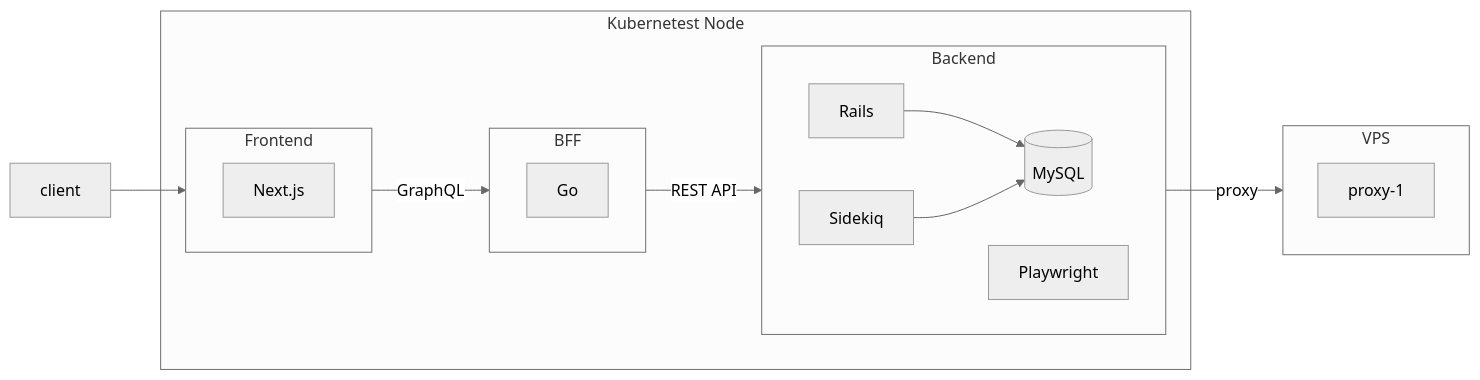
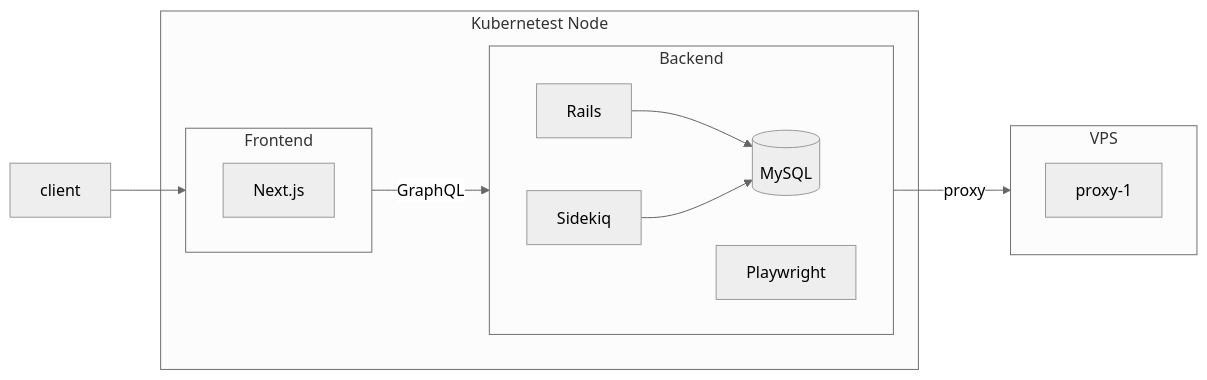
Before and after one commit to kuroweb/price-monitoring: the first of 10 diagrams in README.md, drawn with Mermaid (neutral theme). The commit also changed other lines of this file and 137 other files, not shown here.

````diff
--- a/README.md
+++ b/README.md
@@ -38,36 +34,29 @@
 ```mermaid
 flowchart LR
 subgraph Kubernetest Node
   subgraph frontend [Frontend]
     direction LR
 
     Next.js
-  end
-
-  subgraph bff [BFF]
-    direction LR
-
-    bff_go[Go]
   end
 
   subgraph price ["Backend"]
     direction LR
 
     price_rails[Rails]
     price_rails_batch[Sidekiq]
     price_rails_mysql[(MySQL)]
     price_playwright[Playwright]
 
     price_rails-->price_rails_mysql
     price_rails_batch-->price_rails_mysql
   end
 end
 
 subgraph VPS
   proxy-1
 end
 
-client-->frontend--GraphQL-->bff
-bff--REST API-->price
+client-->frontend--GraphQL-->price
 price--proxy-->VPS
 ```
````
